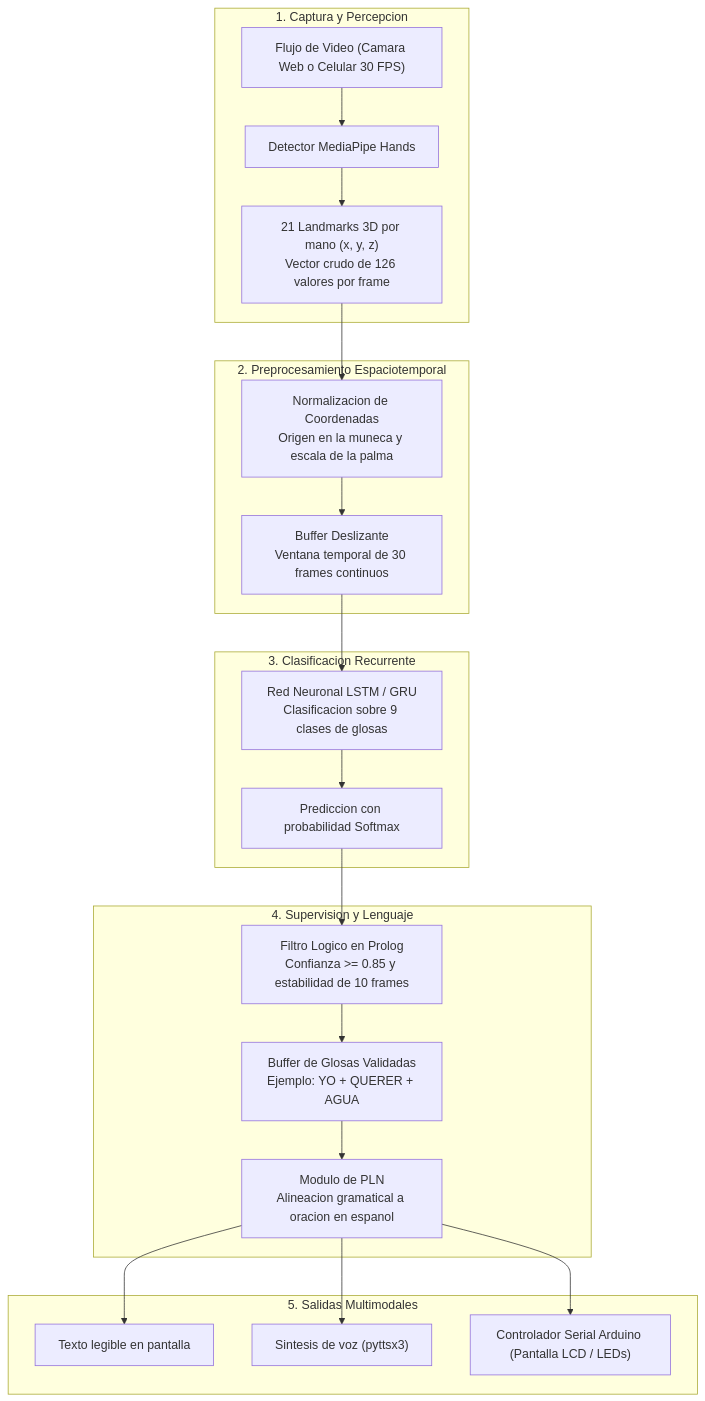
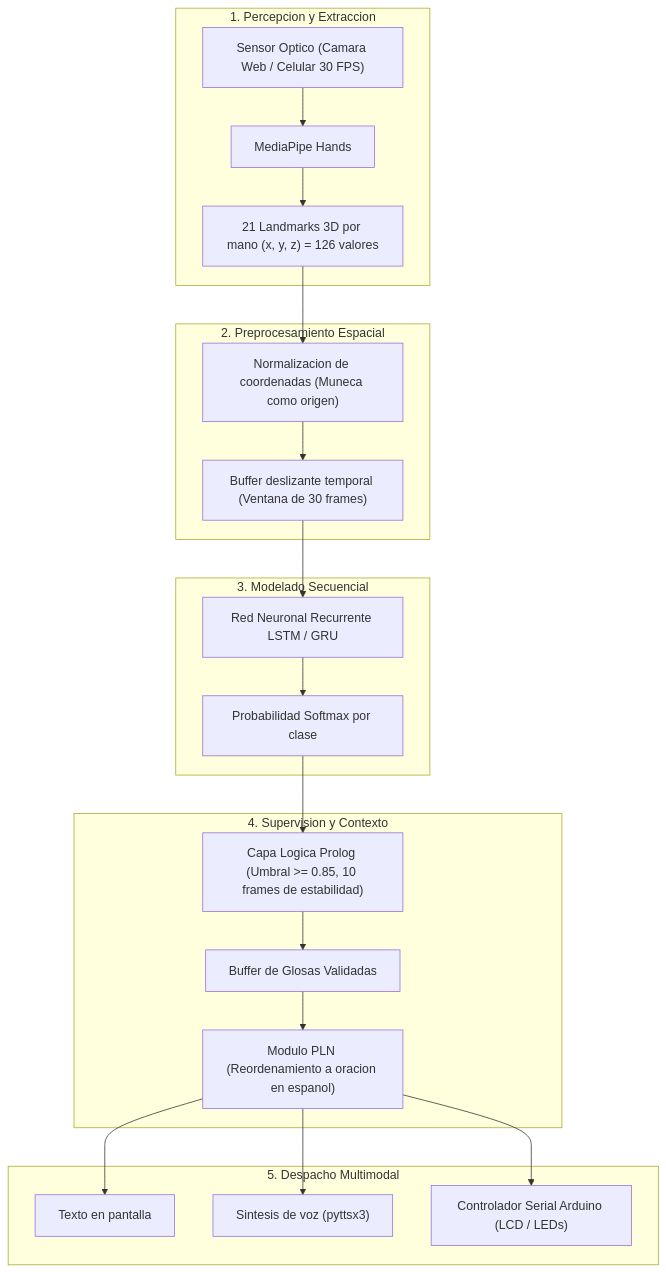
One commit to mrln-trrs/interprete-lsp changed the first of 2 diagrams in article.md. Above: the diagram before and after it, drawn with Mermaid. The commit also changed other lines of this file, not shown here.

Commit message:
docs: adaptar article.md a la plantilla por profundidad de atencion del blog personal

````diff
--- a/article.md
+++ b/article.md
@@ -31,29 +43,29 @@
 ```mermaid
 flowchart TD
-    subgraph Capa1["1. Captura y Percepcion"]
-        A["Flujo de Video (Camara Web o Celular 30 FPS)"] --> B["Detector MediaPipe Hands"]
-        B --> C["21 Landmarks 3D por mano (x, y, z)\nVector crudo de 126 valores por frame"]
+    subgraph Percepcion["1. Percepcion y Extraccion"]
+        A["Sensor Optico (Camara Web / Celular 30 FPS)"] --> B["MediaPipe Hands"]
+        B --> C["21 Landmarks 3D por mano (x, y, z) = 126 valores"]
     end
 
-    subgraph Capa2["2. Preprocesamiento Espaciotemporal"]
-        C --> D["Normalizacion de Coordenadas\nOrigen en la muneca y escala de la palma"]
-        D --> E["Buffer Deslizante\nVentana temporal de 30 frames continuos"]
+    subgraph Procesamiento["2. Preprocesamiento Espacial"]
+        C --> D["Normalizacion de coordenadas (Muneca como origen)"]
+        D --> E["Buffer deslizante temporal (Ventana de 30 frames)"]
     end
 
-    subgraph Capa3["3. Clasificacion Recurrente"]
-        E --> F["Red Neuronal LSTM / GRU\nClasificacion sobre 9 clases de glosas"]
-        F --> G["Prediccion con probabilidad Softmax"]
+    subgraph Clasificacion["3. Modelado Secuencial"]
+        E --> F["Red Neuronal Recurrente LSTM / GRU"]
+        F --> G["Probabilidad Softmax por clase"]
     end
 
-    subgraph Capa4["4. Supervision y Lenguaje"]
-        G --> H["Filtro Logico en Prolog\nConfianza >= 0.85 y estabilidad de 10 frames"]
-        H --> I["Buffer de Glosas Validadas\nEjemplo: YO + QUERER + AGUA"]
-        I --> J["Modulo de PLN\nAlineacion gramatical a oracion en espanol"]
+    subgraph Logica["4. Supervision y Contexto"]
+        G --> H["Capa Logica Prolog (Umbral >= 0.85, 10 frames de estabilidad)"]
+        H --> I["Buffer de Glosas Validadas"]
+        I --> J["Modulo PLN (Reordenamiento a oracion en espanol)"]
     end
 
-    subgraph Capa5["5. Salidas Multimodales"]
-        J --> K["Texto legible en pantalla"]
+    subgraph Salida["5. Despacho Multimodal"]
+        J --> K["Texto en pantalla"]
         J --> L["Sintesis de voz (pyttsx3)"]
-        J --> M["Controlador Serial Arduino (Pantalla LCD / LEDs)"]
+        J --> M["Controlador Serial Arduino (LCD / LEDs)"]
     end
 ```
````
